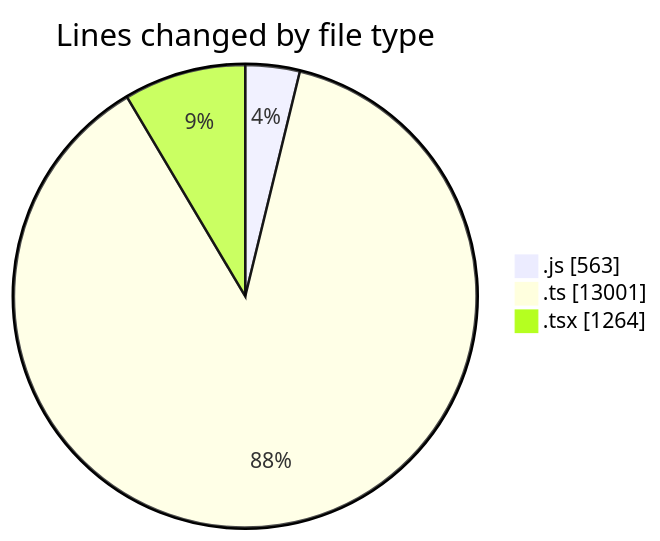
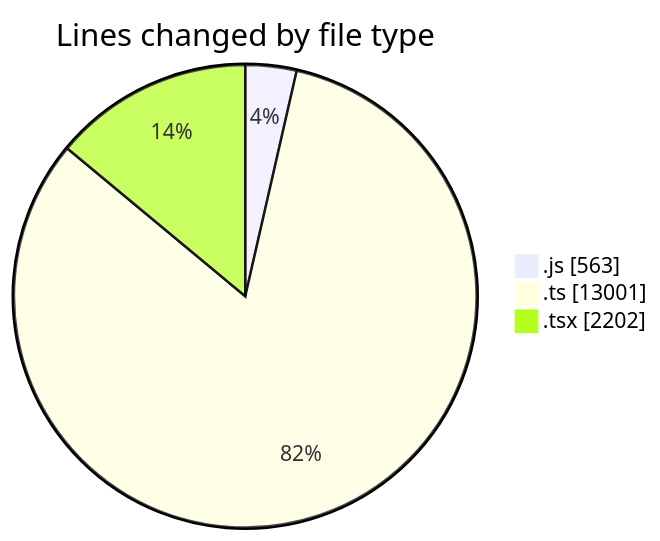
One commit to momahboobian/code-tracking changed the first of 2 diagrams in 2025-11-14/cda/README.md. Above: the diagram before and after it, drawn with Mermaid. The commit also changed other lines of this file and 1 other file, not shown here.

````diff
--- a/2025-11-14/cda/README.md
+++ b/2025-11-14/cda/README.md
@@ -37,7 +38,7 @@
 ```mermaid
 pie showData
 title Lines changed by file type
 ".js" : 563
 ".ts" : 13001
-".tsx" : 1264
+".tsx" : 2202
 ```
````
